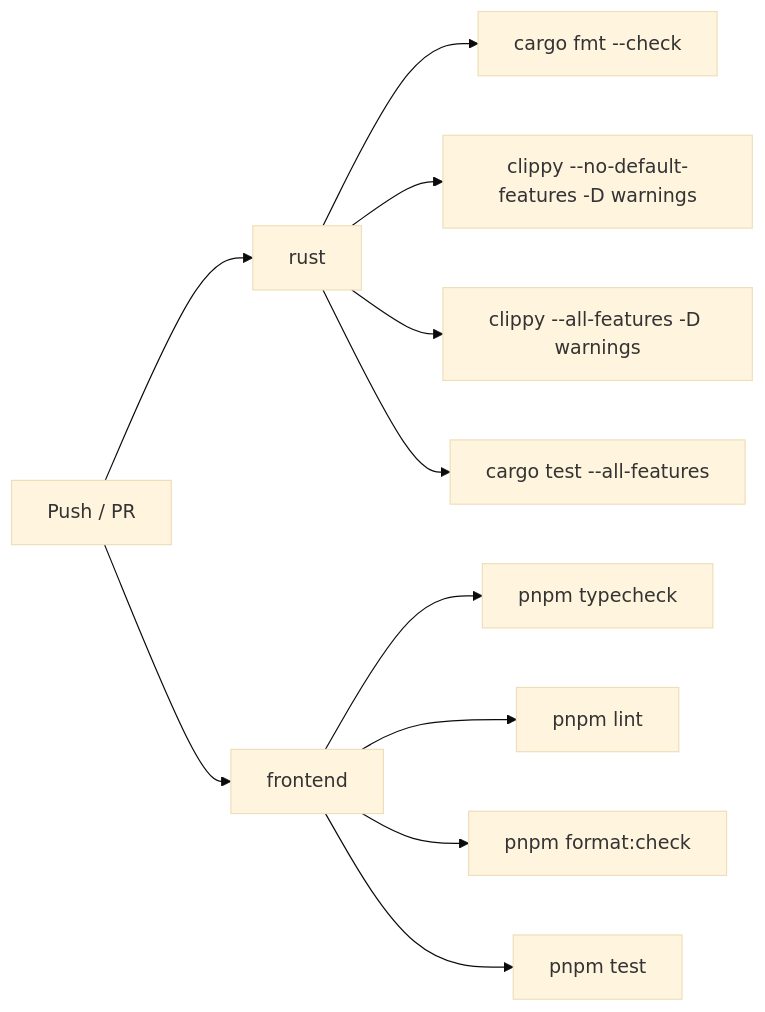
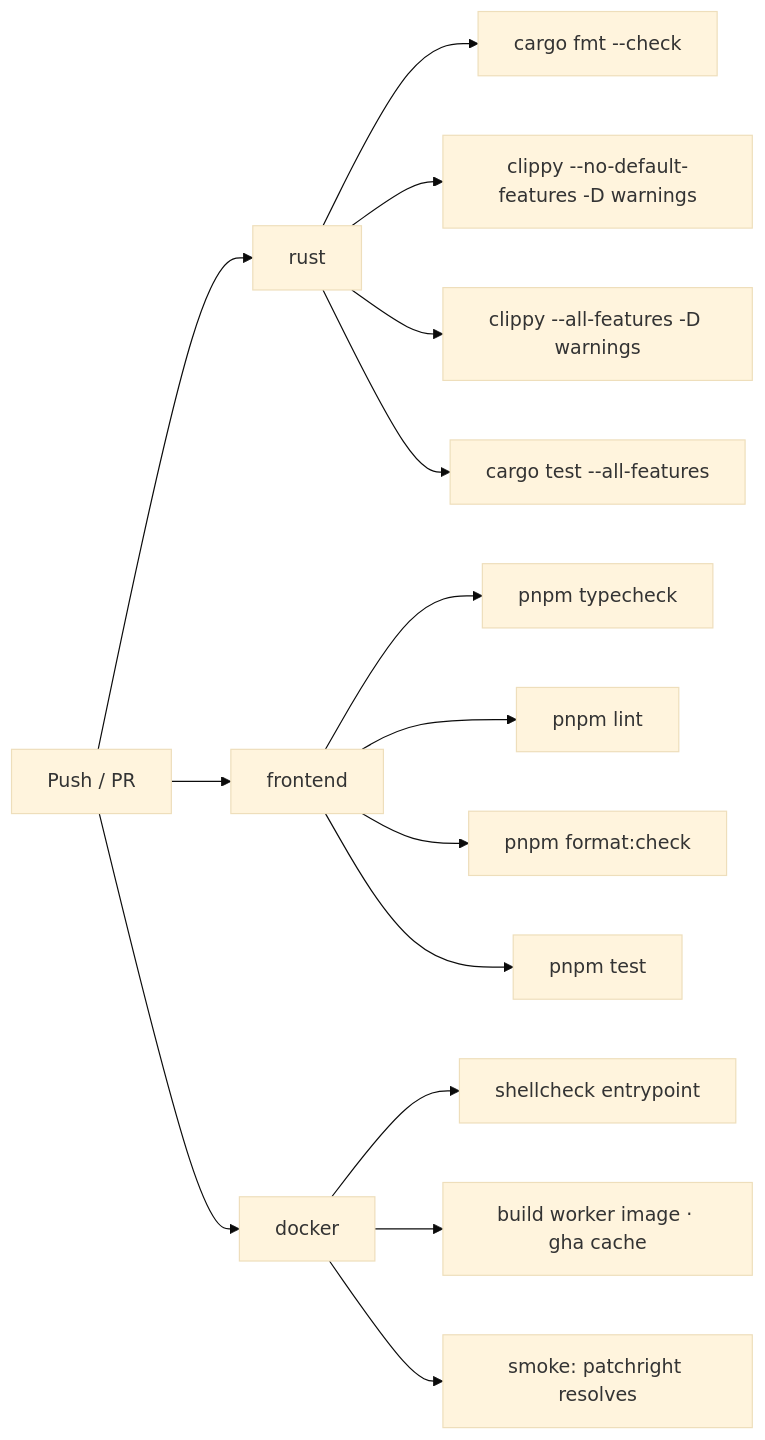
The sixth of 7 diagrams in README.md (SobralCybersec/HireMeOps), drawn with Mermaid (base theme) before and after one commit. The commit also changed other lines of this file and 15 other files, not shown here.

````diff
--- a/README.md
+++ b/README.md
@@ -339,15 +409,20 @@
 ```mermaid
 flowchart LR
     push[Push / PR] --> R[rust]
     push --> FE[frontend]
+    push --> DK[docker]
 
     R --> FMT[cargo fmt --check]
     R --> CL1[clippy --no-default-features -D warnings]
     R --> CL2[clippy --all-features -D warnings]
     R --> T[cargo test --all-features]
 
     FE --> TC[pnpm typecheck]
     FE --> LN[pnpm lint]
     FE --> PF[pnpm format:check]
     FE --> VT[pnpm test]
+
+    DK --> SC[shellcheck entrypoint]
+    DK --> BLD[build worker image · gha cache]
+    DK --> SM[smoke: patchright resolves]
 ```
````
